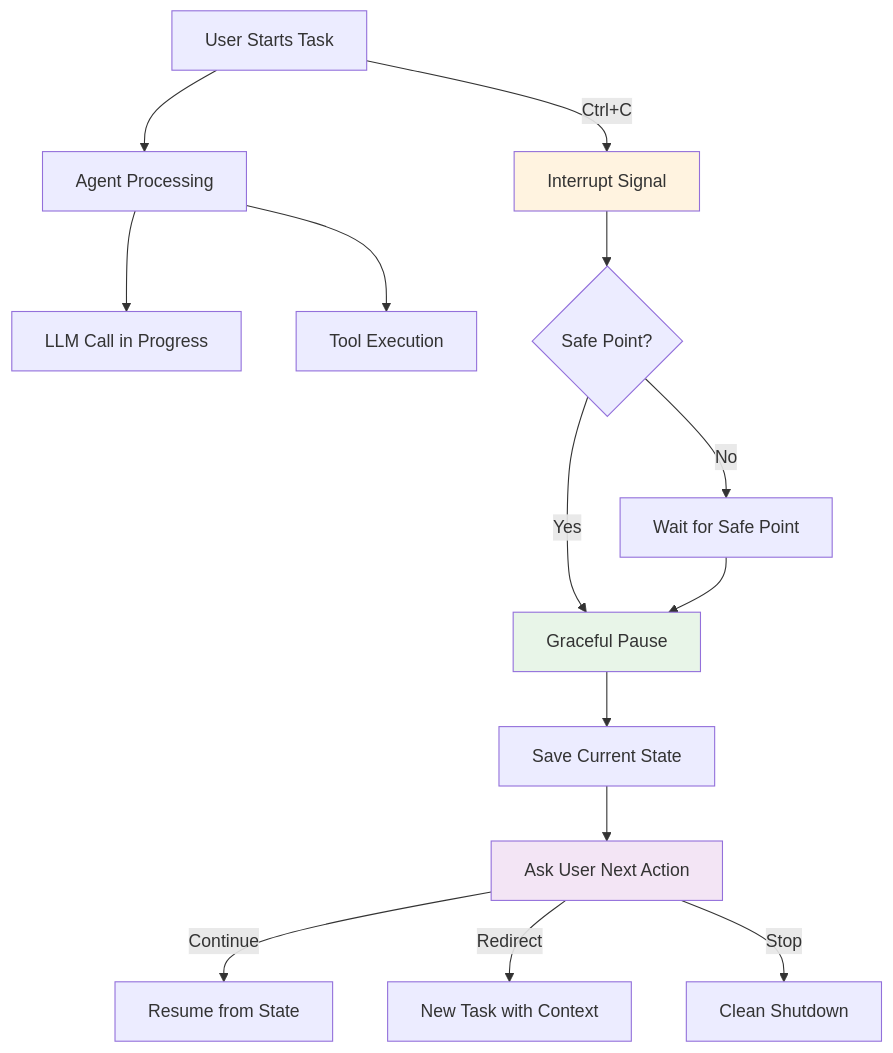
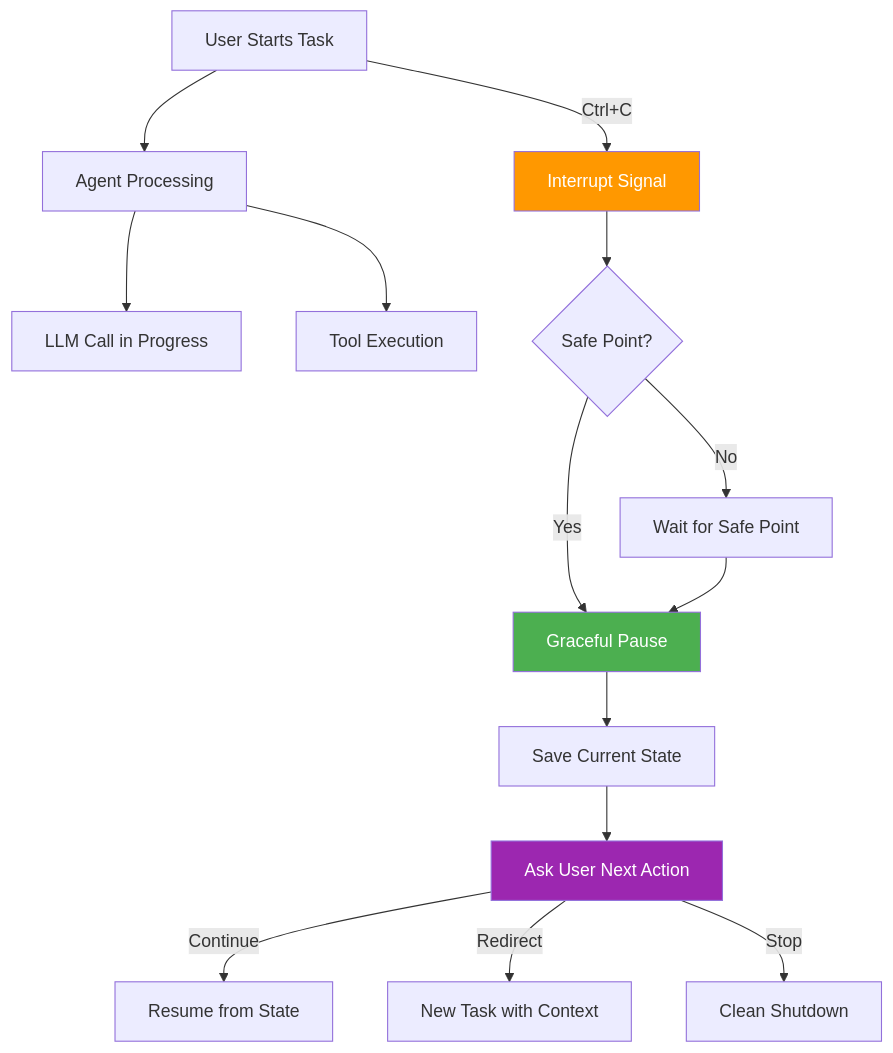
One commit to fwornle/agentic-ai-nano changed diagram 13 of 17 in docs-content/01_frameworks/Session1_ModuleD_Coding_Assistant_Case_Study.md. Above: the diagram before and after it, drawn with Mermaid. The commit also changed other lines of this file, not shown here.

Commit message:
docs: review Option D, styling (mermaid)

````diff
--- a/docs-content/01_frameworks/Session1_ModuleD_Coding_Assistant_Case_Study.md
+++ b/docs-content/01_frameworks/Session1_ModuleD_Coding_Assistant_Case_Study.md
@@ -775,25 +775,25 @@
 ```mermaid
 graph TD
     U[User Starts Task] --> A[Agent Processing]
     A --> LLM[LLM Call in Progress]
     A --> TOOL[Tool Execution]
     
     U -->|Ctrl+C| INT[Interrupt Signal]
     INT --> CHECK{Safe Point?}
     
     CHECK -->|Yes| PAUSE[Graceful Pause]
     CHECK -->|No| WAIT[Wait for Safe Point]
     
     PAUSE --> SAVE[Save Current State]
     SAVE --> ASK[Ask User Next Action]
     
     ASK -->|Continue| RESUME[Resume from State]
     ASK -->|Redirect| NEW[New Task with Context]
     ASK -->|Stop| CLEAN[Clean Shutdown]
     
     WAIT --> PAUSE
     
-    style INT fill:#fff3e0
-    style PAUSE fill:#e8f5e8
-    style ASK fill:#f3e5f5
+    style INT fill:#FF9800,color:#ffffff
+    style PAUSE fill:#4CAF50,color:#ffffff
+    style ASK fill:#9C27B0,color:#ffffff
 ```
````
